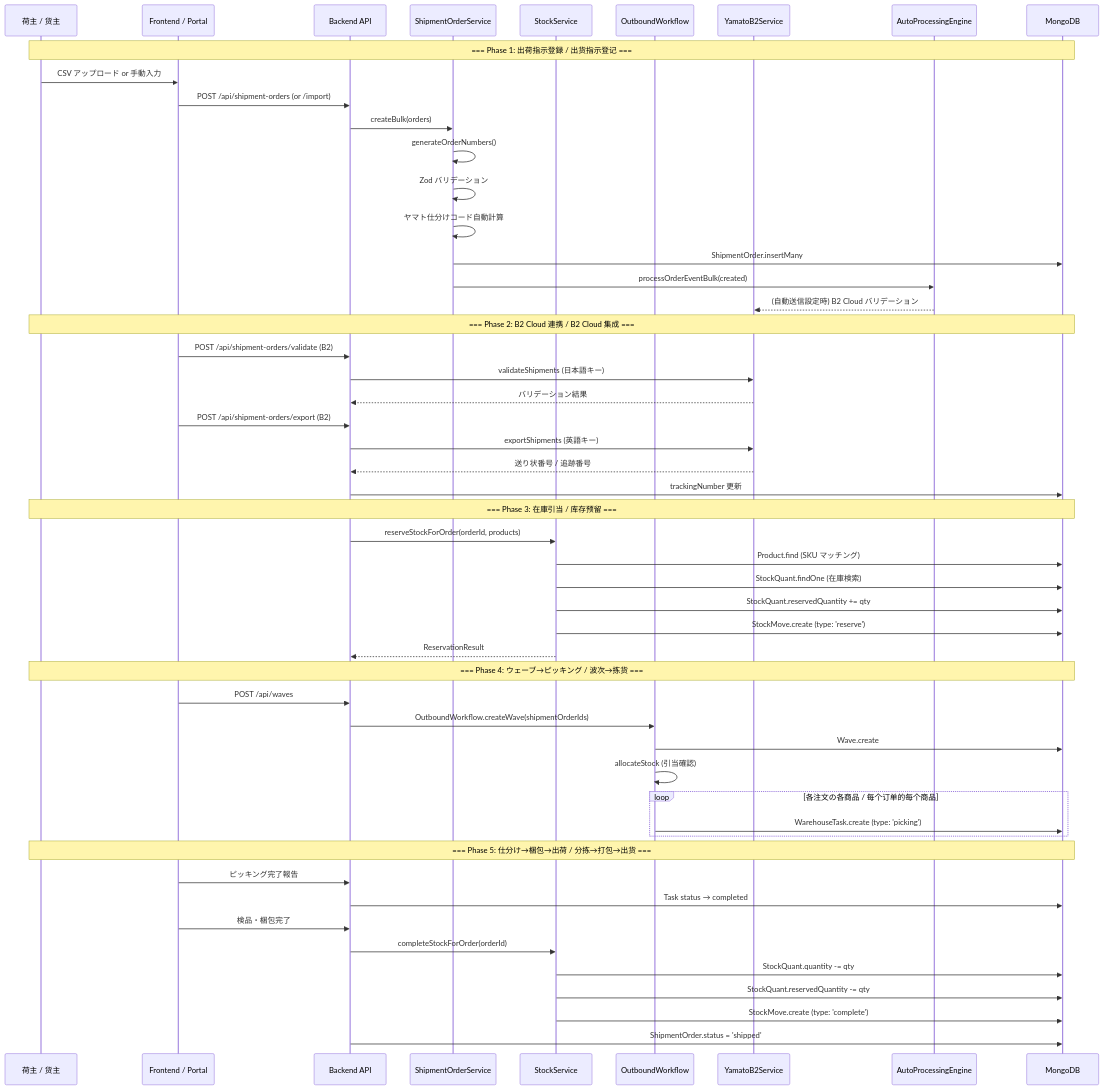
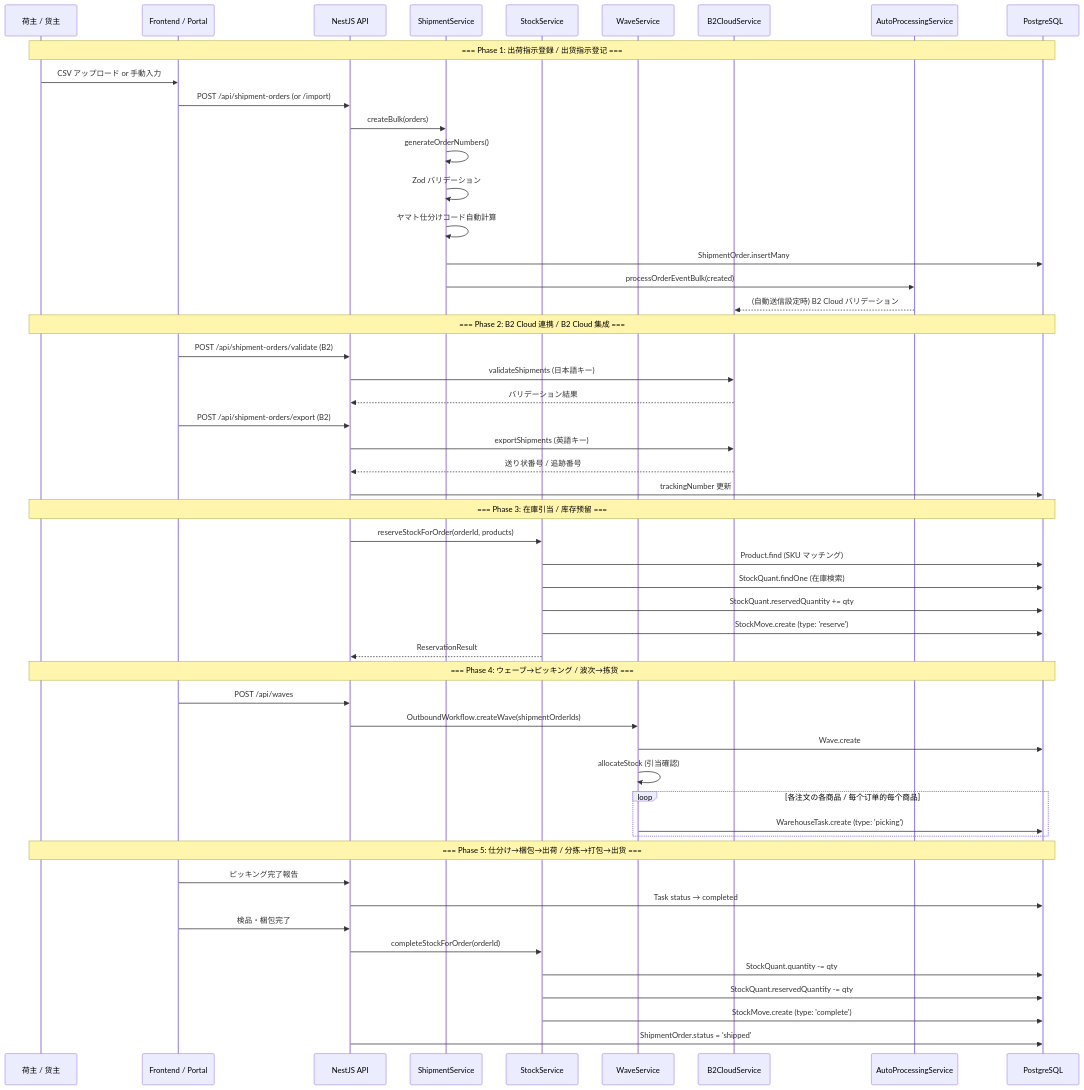
Before and after one commit to chinkin666/ZELIXWMS: the fifth of 12 diagrams in docs/design/01-business-flow.md, drawn with Mermaid. The commit also changed other lines of this file and 18 other files, not shown here.

````diff
--- a/docs/design/01-business-flow.md
+++ b/docs/design/01-business-flow.md
@@ -196,64 +196,64 @@
 ```mermaid
 sequenceDiagram
     participant CL as 荷主 / 货主
     participant FE as Frontend / Portal
-    participant API as Backend API
-    participant SVC as ShipmentOrderService
+    participant API as NestJS API
+    participant SVC as ShipmentService
     participant STK as StockService
-    participant OW as OutboundWorkflow
-    participant B2 as YamatoB2Service
-    participant AUTO as AutoProcessingEngine
-    participant DB as MongoDB
+    participant OW as WaveService
+    participant B2 as B2CloudService
+    participant AUTO as AutoProcessingService
+    participant DB as PostgreSQL
 
     Note over CL,DB: === Phase 1: 出荷指示登録 / 出货指示登记 ===
 
     CL->>FE: CSV アップロード or 手動入力
     FE->>API: POST /api/shipment-orders (or /import)
     API->>SVC: createBulk(orders)
     SVC->>SVC: generateOrderNumbers()
     SVC->>SVC: Zod バリデーション
     SVC->>SVC: ヤマト仕分けコード自動計算
     SVC->>DB: ShipmentOrder.insertMany
     SVC->>AUTO: processOrderEventBulk(created)
     AUTO-->>B2: (自動送信設定時) B2 Cloud バリデーション
 
     Note over CL,DB: === Phase 2: B2 Cloud 連携 / B2 Cloud 集成 ===
 
     FE->>API: POST /api/shipment-orders/validate (B2)
     API->>B2: validateShipments (日本語キー)
     B2-->>API: バリデーション結果
     FE->>API: POST /api/shipment-orders/export (B2)
     API->>B2: exportShipments (英語キー)
     B2-->>API: 送り状番号 / 追跡番号
     API->>DB: trackingNumber 更新
 
     Note over CL,DB: === Phase 3: 在庫引当 / 库存预留 ===
 
     API->>STK: reserveStockForOrder(orderId, products)
     STK->>DB: Product.find (SKU マッチング)
     STK->>DB: StockQuant.findOne (在庫検索)
     STK->>DB: StockQuant.reservedQuantity += qty
     STK->>DB: StockMove.create (type: 'reserve')
     STK-->>API: ReservationResult
 
     Note over CL,DB: === Phase 4: ウェーブ→ピッキング / 波次→拣货 ===
 
     FE->>API: POST /api/waves
     API->>OW: OutboundWorkflow.createWave(shipmentOrderIds)
     OW->>DB: Wave.create
     OW->>OW: allocateStock (引当確認)
     loop 各注文の各商品 / 每个订单的每个商品
         OW->>DB: WarehouseTask.create (type: 'picking')
     end
 
     Note over CL,DB: === Phase 5: 仕分け→梱包→出荷 / 分拣→打包→出货 ===
 
     FE->>API: ピッキング完了報告
     API->>DB: Task status → completed
     FE->>API: 検品・梱包完了
     API->>STK: completeStockForOrder(orderId)
     STK->>DB: StockQuant.quantity -= qty
     STK->>DB: StockQuant.reservedQuantity -= qty
     STK->>DB: StockMove.create (type: 'complete')
     API->>DB: ShipmentOrder.status = 'shipped'
 ```
````
